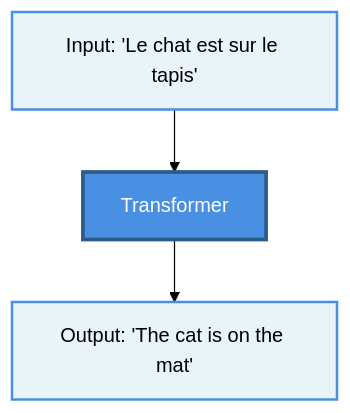
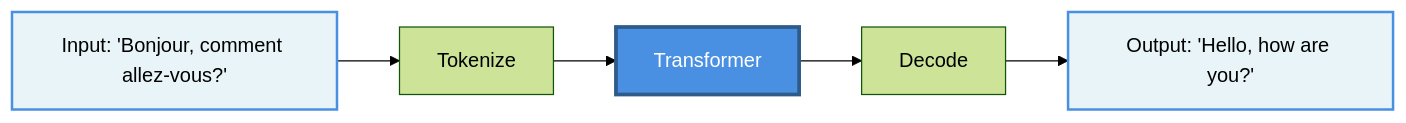
One commit to simonguest/CS-394 changed the diagram in src/01/diagrams/transformer-1.mmd. Above: the diagram before and after it, drawn with Mermaid (forest theme). The commit also changed 7 other files, not shown here.

```diff
--- a/src/01/diagrams/transformer-1.mmd
+++ b/src/01/diagrams/transformer-1.mmd
@@ -1,10 +1,10 @@
-graph TB
-    Input["Input: 'Le chat est sur le tapis'"]
+graph LR
+    Input["Input: 'Bonjour, comment allez-vous?'"]
     Transformer[Transformer]
-    Output["Output: 'The cat is on the mat'"]
+    Output["Output: 'Hello, how are you?'"]
     
-    Input --> Transformer --> Output
+    Input --> Tokenize --> Transformer --> Decode --> Output
     
     style Transformer fill:#4A90E2,stroke:#2E5C8A,stroke-width:3px,color:#fff
     style Input fill:#E8F4F8,stroke:#4A90E2,stroke-width:2px
     style Output fill:#E8F4F8,stroke:#4A90E2,stroke-width:2px
```
